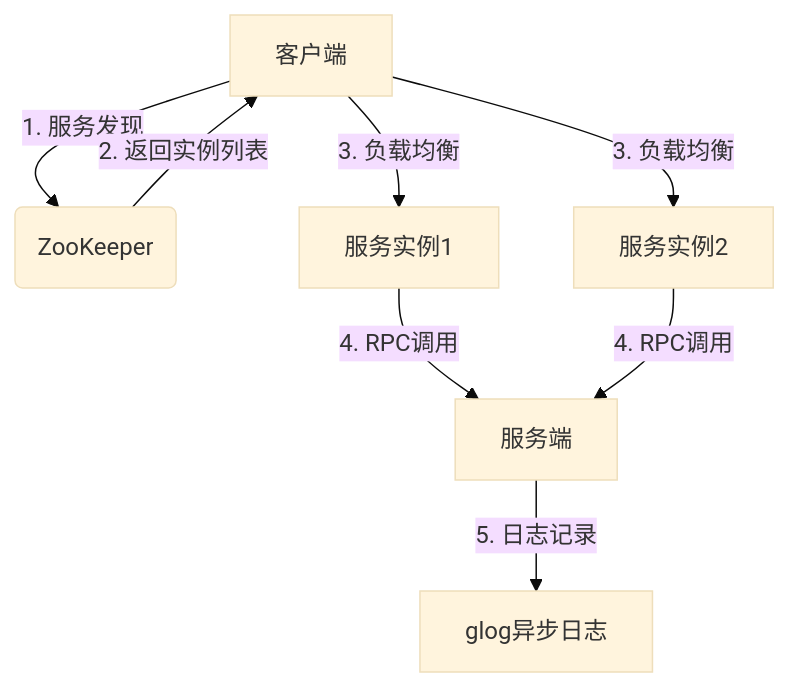
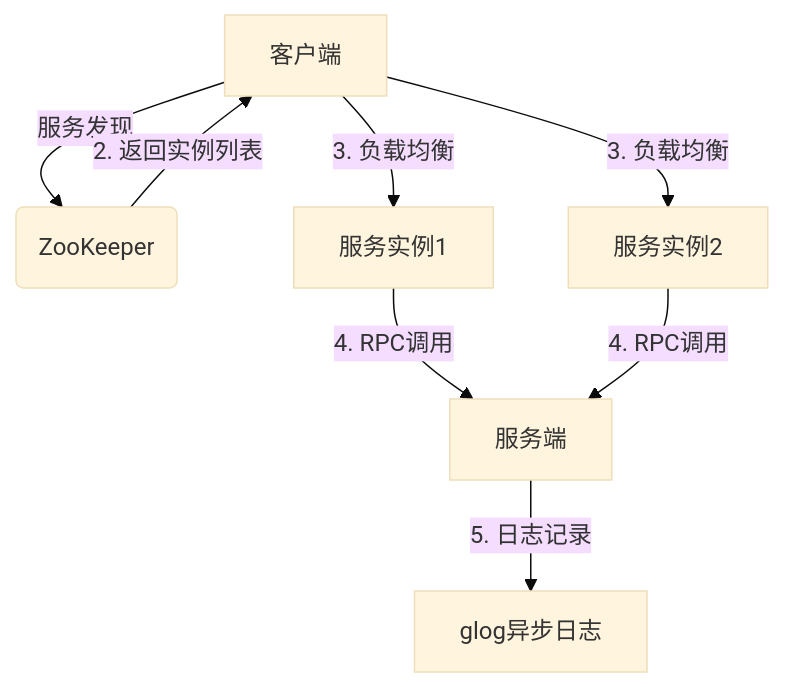
The diagram in README.md (linzsc/Simple-RPC), drawn with Mermaid (base theme) before and after one commit.

````diff
--- a/README.md
+++ b/README.md
@@ -20,10 +20,10 @@
 ```mermaid
 graph TD
-    A[客户端] -->|1. 服务发现| B(ZooKeeper)
+    A[客户端] -->|服务发现| B(ZooKeeper)
     B -->|2. 返回实例列表| A
     A -->|3. 负载均衡| C[服务实例1]
     A -->|3. 负载均衡| D[服务实例2]
     C -->|4. RPC调用| E[服务端]
     D -->|4. RPC调用| E
     E -->|5. 日志记录| F[glog异步日志]
 ```
````
